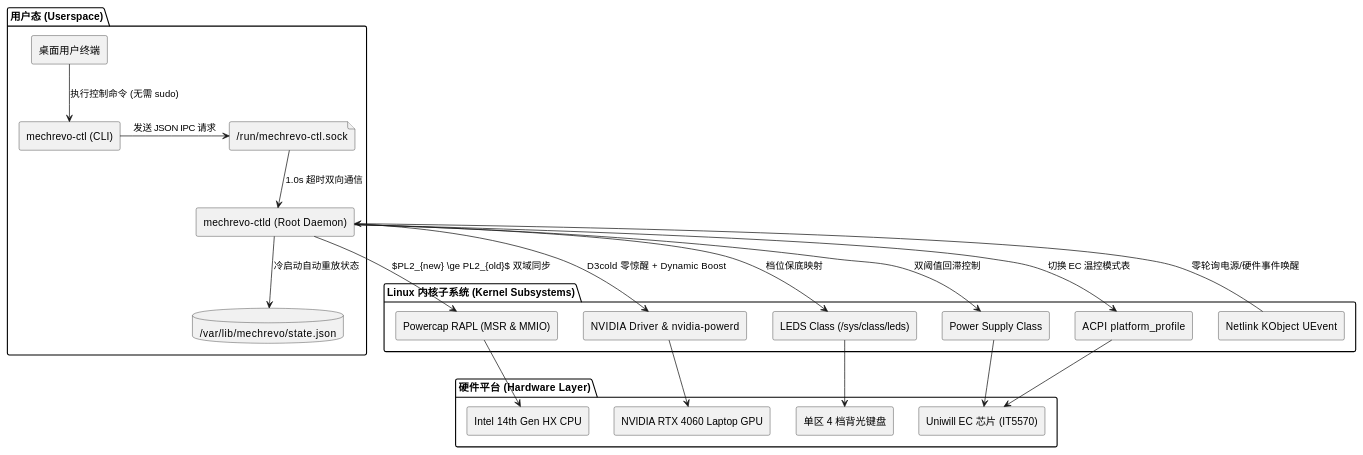
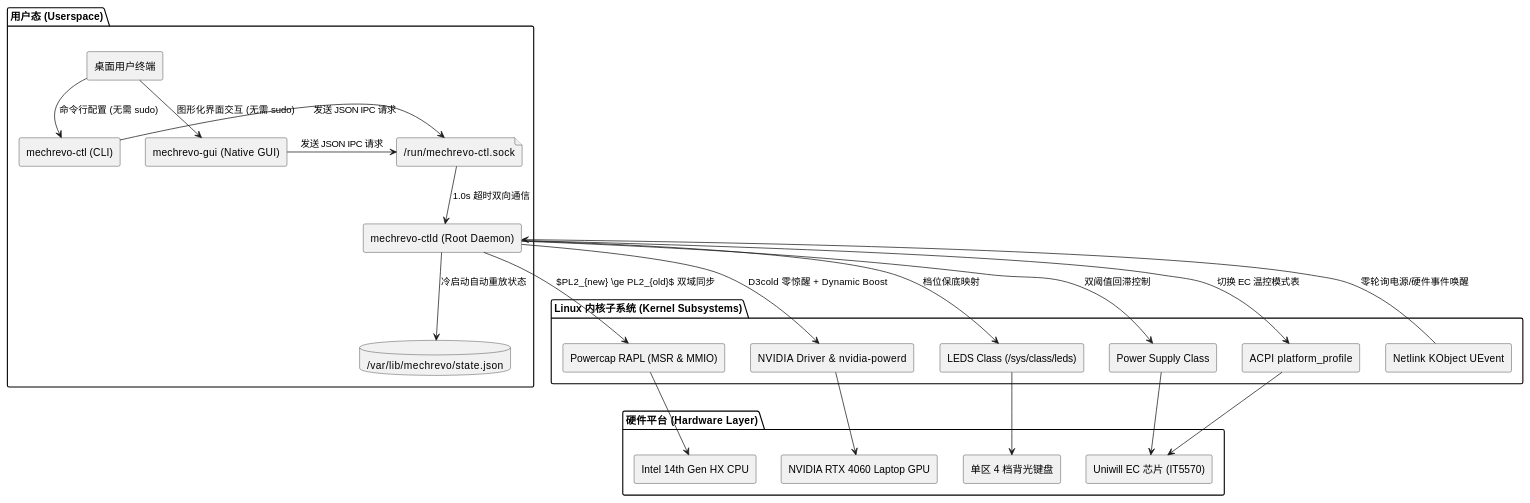
One commit to CKCat/mechrevo-ctl changed the diagram in README.md. Above: the diagram before and after it, drawn with PlantUML. The commit also changed other lines of this file and 9 other files, not shown here.

First line of the commit message:
feat(gui): 实现超轻量级高性能纯 Rust 原生 GUI 控制中心 (零 Python、双轨 CLI/GUI 架构)

````diff
--- a/README.md
+++ b/README.md
@@ -7,48 +7,51 @@
 ```plantuml
 @startuml
 skinparam backgroundColor transparent
 skinparam componentStyle rectangle
 
 package "用户态 (Userspace)" {
   [桌面用户终端] as UserCLI
   component "mechrevo-ctl (CLI)" as CTL
+  component "mechrevo-gui (Native GUI)" as GUI
   component "mechrevo-ctld (Root Daemon)" as Daemon
   database "/var/lib/mechrevo/state.json" as StateFile
   file "/run/mechrevo-ctl.sock" as Socket
 }
 
 package "Linux 内核子系统 (Kernel Subsystems)" {
   [Netlink KObject UEvent] as Netlink
   [Powercap RAPL (MSR & MMIO)] as RAPL
   [NVIDIA Driver & nvidia-powerd] as NV
   [ACPI platform_profile] as ACPI
   [LEDS Class (/sys/class/leds)] as LEDS
   [Power Supply Class] as Battery
 }
 
 package "硬件平台 (Hardware Layer)" {
   [Intel 14th Gen HX CPU] as CPU
   [NVIDIA RTX 4060 Laptop GPU] as GPU
   [Uniwill EC 芯片 (IT5570)] as EC
   [单区 4 档背光键盘] as KBD
 }
 
-UserCLI -down-> CTL : 执行控制命令 (无需 sudo)
+UserCLI -down-> CTL : 命令行配置 (无需 sudo)
+UserCLI -down-> GUI : 图形化界面交互 (无需 sudo)
 CTL -right-> Socket : 发送 JSON IPC 请求
+GUI -right-> Socket : 发送 JSON IPC 请求
 Socket -down-> Daemon : 1.0s 超时双向通信
 Daemon -down-> StateFile : 冷启动自动重放状态
 
 Daemon <-right- Netlink : 零轮询电源/硬件事件唤醒
 Daemon -down-> RAPL : $PL2_{new} \ge PL2_{old}$ 双域同步
 Daemon -down-> NV : D3cold 零惊醒 + Dynamic Boost
 Daemon -down-> ACPI : 切换 EC 温控模式表
 Daemon -down-> LEDS : 档位保底映射
 Daemon -down-> Battery : 双阈值回滞控制
 
 RAPL -down-> CPU
 NV -down-> GPU
 ACPI -down-> EC
 LEDS -down-> KBD
 Battery -down-> EC
 @enduml
 ```
````
